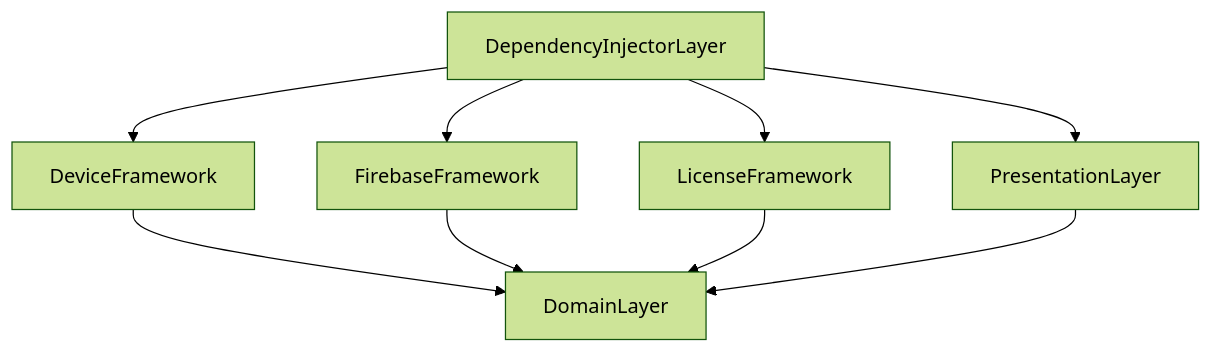
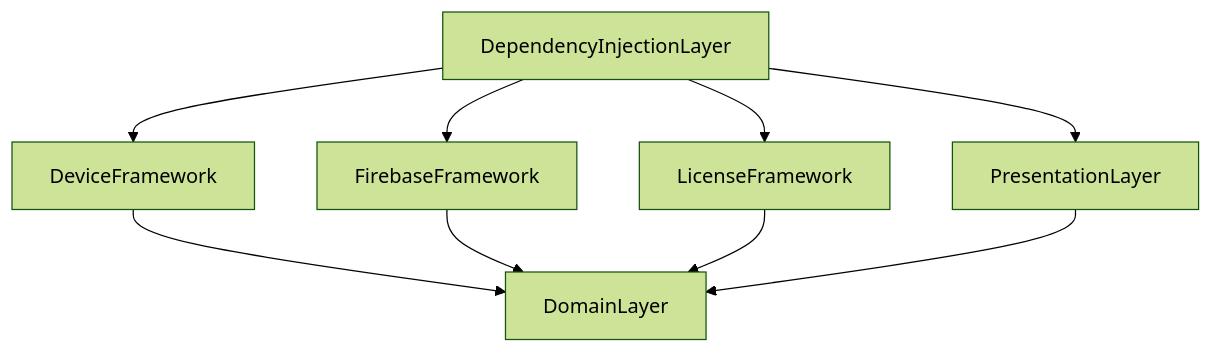
The diagram in asset/mermaid/my_targets.mmd (suguruTakahashi-1234/fia-practical-sample), drawn with Mermaid (forest theme) before and after one commit. The commit also changed 501 other files, not shown here.

```diff
--- a/asset/mermaid/my_targets.mmd
+++ b/asset/mermaid/my_targets.mmd
@@ -1,10 +1,10 @@
 flowchart TD
-    DependencyInjectorLayer-->DeviceFramework
-    DependencyInjectorLayer-->FirebaseFramework
-    DependencyInjectorLayer-->LicenseFramework
-    DependencyInjectorLayer-->PresentationLayer
+    DependencyInjectionLayer-->DeviceFramework
+    DependencyInjectionLayer-->FirebaseFramework
+    DependencyInjectionLayer-->LicenseFramework
+    DependencyInjectionLayer-->PresentationLayer
     DeviceFramework-->DomainLayer
     DomainLayer
     FirebaseFramework-->DomainLayer
     LicenseFramework-->DomainLayer
     PresentationLayer-->DomainLayer
```
